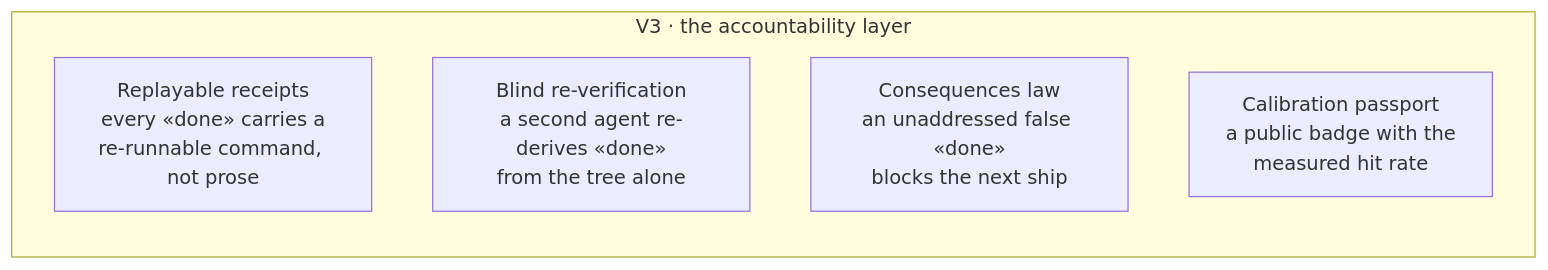
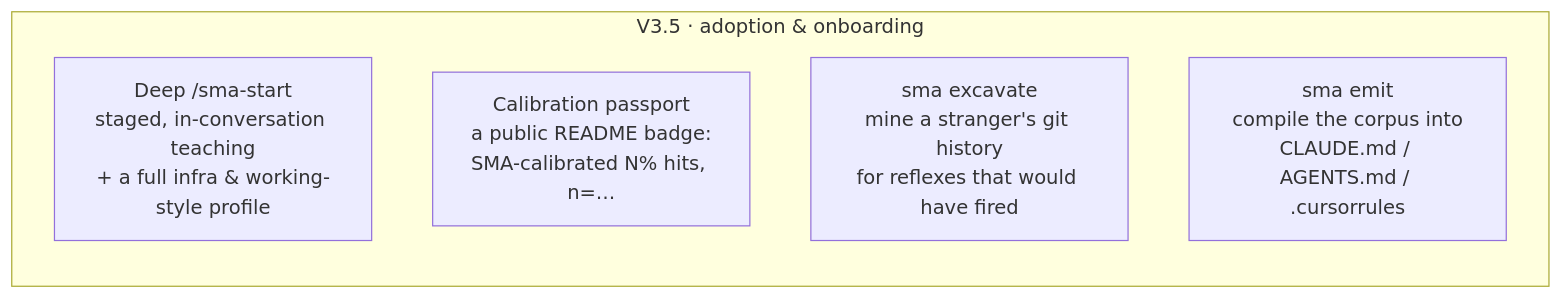
Diagram 17 of 17 in README.md (sma-framework/sma), drawn with Mermaid before and after one commit. The commit also changed other lines of this file, not shown here.

First line of the commit message:
docs(readme): lead with the V3 trust spine; every process explained + diagrammed (EN)

````diff
--- a/README.md
+++ b/README.md
@@ -417,9 +684,9 @@
 ```mermaid
 flowchart LR
-    subgraph V3["V3 · the accountability layer"]
-        R["Replayable receipts<br>every «done» carries a<br>re-runnable command, not prose"]
-        B["Blind re-verification<br>a second agent re-derives «done»<br>from the tree alone"]
-        C["Consequences law<br>an unaddressed false «done»<br>blocks the next ship"]
-        P["Calibration passport<br>a public badge with the<br>measured hit rate"]
+    subgraph V35["V3.5 · adoption & onboarding"]
+        ST["Deep /sma-start<br>staged, in-conversation teaching<br>+ a full infra & working-style profile"]
+        CP["Calibration passport<br>a public README badge:<br>SMA-calibrated N% hits, n=…"]
+        EX["sma excavate<br>mine a stranger's git history<br>for reflexes that would have fired"]
+        EM["sma emit<br>compile the corpus into<br>CLAUDE.md / AGENTS.md / .cursorrules"]
     end
 ```
````
